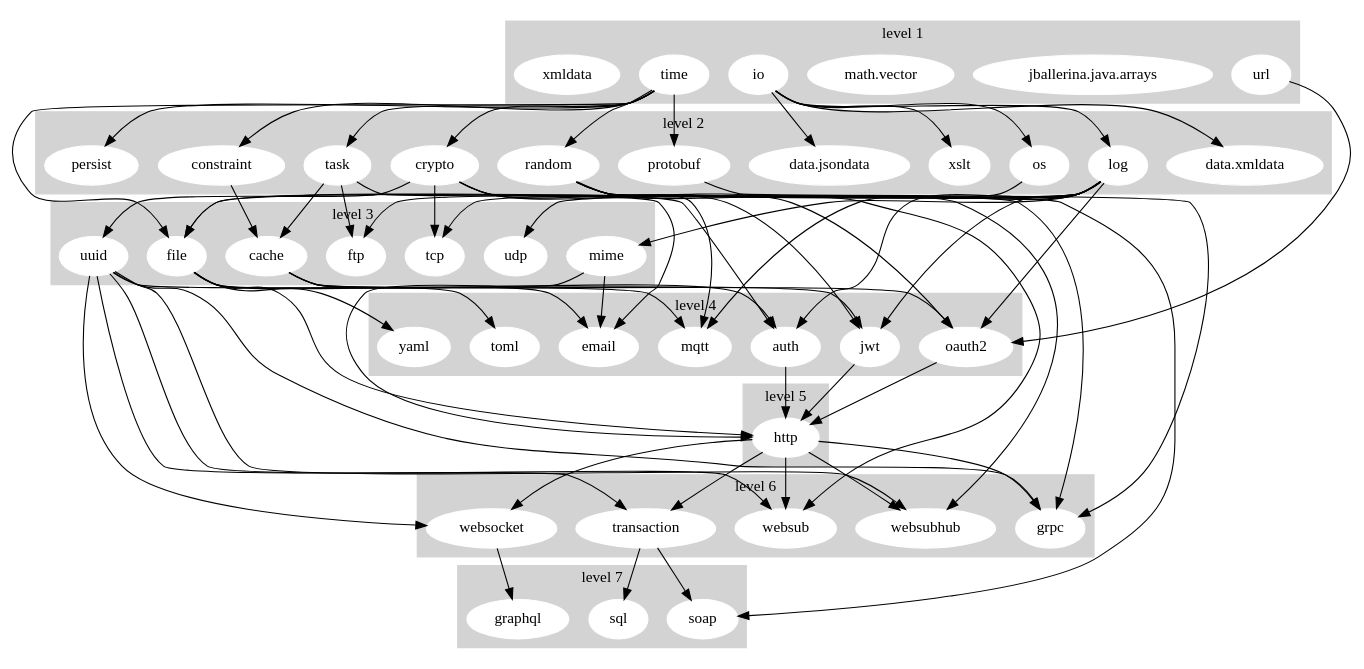
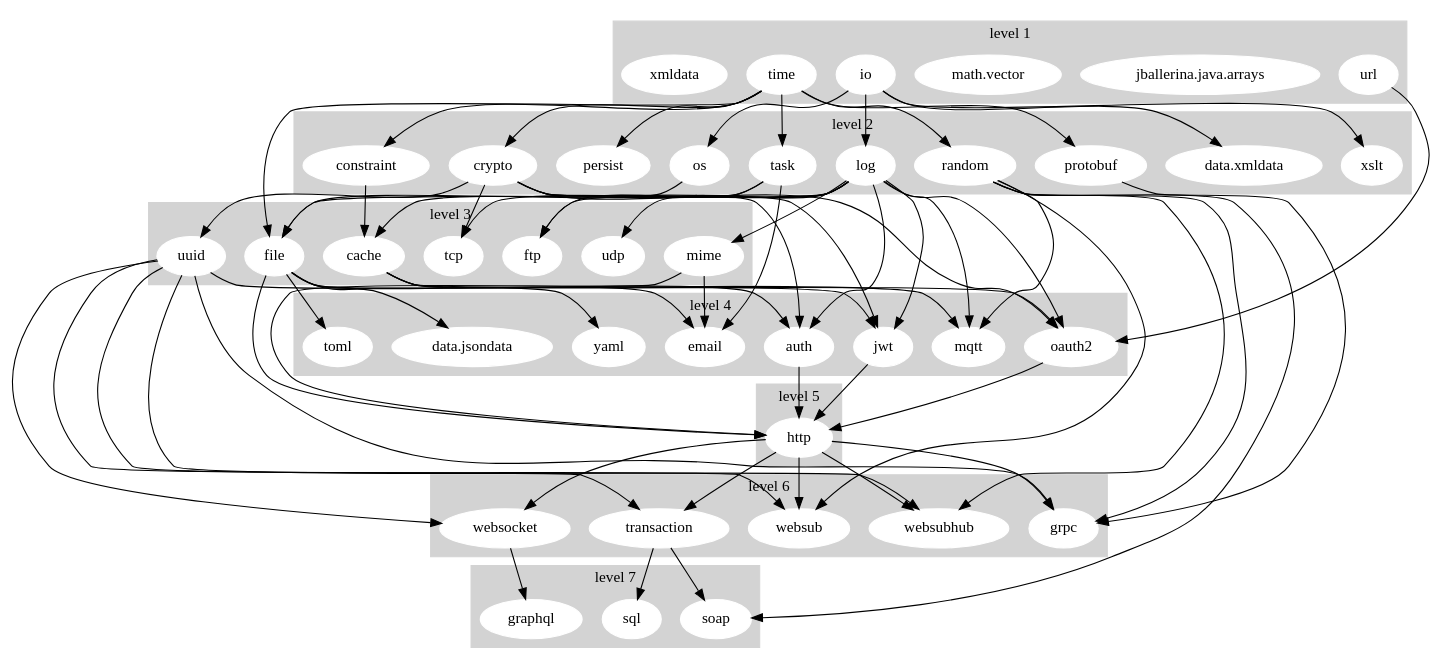
The diagram in dashboard/stdlib_graph.gv (ballerina-platform/ballerina-release), drawn with Graphviz before and after one commit.

Commit message:
[Automated] Update Stdlib Dependency Graph

```diff
--- a/dashboard/stdlib_graph.gv
+++ b/dashboard/stdlib_graph.gv
@@ -1,141 +1,141 @@
 digraph "Stdlib Dependency Graph" {
 	subgraph cluster_1 {
 		node [color=white style=filled]
 		color=lightgrey style=filled
 		io
 		"jballerina.java.arrays"
 		"math.vector"
 		time
 		url
 		xmldata
 		label="level 1"
 	}
 	subgraph cluster_2 {
 		node [color=white style=filled]
 		color=lightgrey style=filled
 		constraint
 		crypto
-		"data.jsondata"
 		"data.xmldata"
 		log
 		os
 		persist
 		protobuf
 		random
 		task
 		xslt
 		label="level 2"
 	}
 	subgraph cluster_3 {
 		node [color=white style=filled]
 		color=lightgrey style=filled
 		cache
 		file
 		ftp
 		mime
 		tcp
 		udp
 		uuid
 		label="level 3"
 	}
 	subgraph cluster_4 {
 		node [color=white style=filled]
 		color=lightgrey style=filled
 		auth
+		"data.jsondata"
 		email
 		jwt
 		mqtt
 		oauth2
 		toml
 		yaml
 		label="level 4"
 	}
 	subgraph cluster_5 {
 		node [color=white style=filled]
 		color=lightgrey style=filled
 		http
 		label="level 5"
 	}
 	subgraph cluster_6 {
 		node [color=white style=filled]
 		color=lightgrey style=filled
 		grpc
 		transaction
 		websocket
 		websub
 		websubhub
 		label="level 6"
 	}
 	subgraph cluster_7 {
 		node [color=white style=filled]
 		color=lightgrey style=filled
 		graphql
 		soap
 		sql
 		label="level 7"
 	}
-	io -> "data.jsondata"
 	io -> "data.xmldata"
 	io -> log
 	io -> os
 	io -> xslt
 	time -> constraint
 	time -> crypto
 	time -> file
 	time -> persist
 	time -> protobuf
 	time -> random
 	time -> task
 	url -> oauth2
 	constraint -> cache
 	crypto -> auth
 	crypto -> jwt
 	crypto -> oauth2
 	crypto -> tcp
 	crypto -> uuid
 	log -> auth
 	log -> file
 	log -> ftp
 	log -> jwt
 	log -> mime
 	log -> mqtt
 	log -> oauth2
 	log -> tcp
 	log -> udp
 	os -> file
 	protobuf -> grpc
 	random -> grpc
 	random -> mqtt
 	random -> soap
 	random -> websub
 	random -> websubhub
 	task -> cache
 	task -> email
 	task -> ftp
 	cache -> auth
 	cache -> jwt
 	cache -> oauth2
+	file -> "data.jsondata"
 	file -> email
 	file -> http
 	file -> toml
 	file -> yaml
 	mime -> email
 	mime -> http
 	uuid -> grpc
 	uuid -> mqtt
 	uuid -> transaction
 	uuid -> websocket
 	uuid -> websub
 	uuid -> websubhub
 	auth -> http
 	jwt -> http
 	oauth2 -> http
 	http -> grpc
 	http -> transaction
 	http -> websocket
 	http -> websub
 	http -> websubhub
 	transaction -> soap
 	transaction -> sql
 	websocket -> graphql
 }
```
